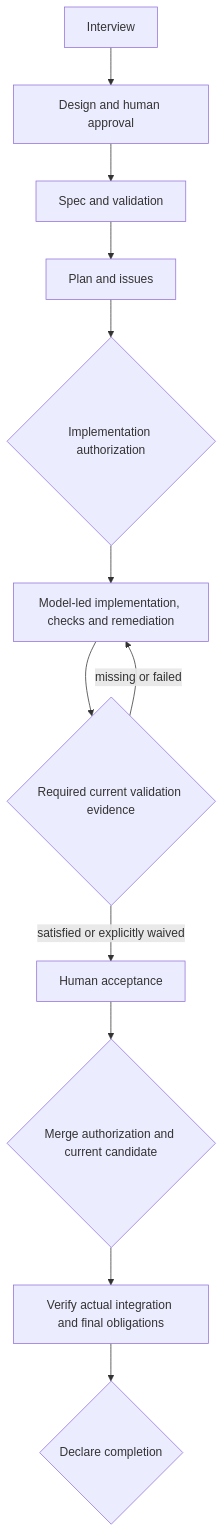
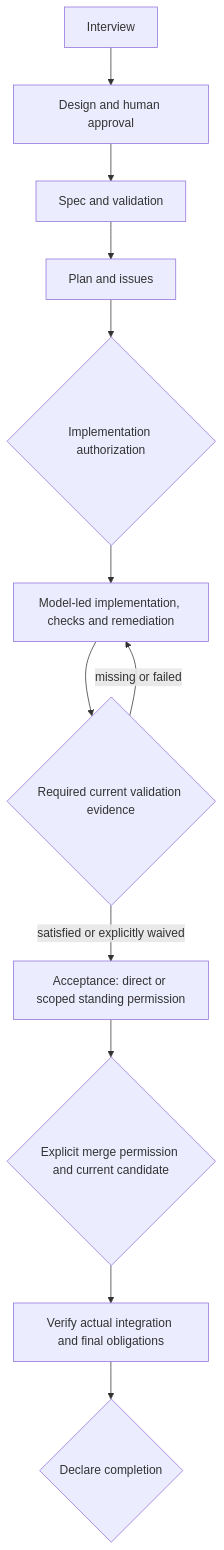
The first of 2 diagrams in docs/issues/tb-multirepo-review-input/design.md (TrentBrown/gatereeve), drawn with Mermaid before and after one commit. The commit also changed other lines of this file and 30 other files, not shown here.

Commit message:
feat: add scoped standing acceptance and merge authorization

````diff
--- a/docs/issues/tb-multirepo-review-input/design.md
+++ b/docs/issues/tb-multirepo-review-input/design.md
@@ -37,14 +37,14 @@
 ```mermaid
 flowchart TD
   I[Interview] --> D[Design and human approval]
   D --> S[Spec and validation]
   S --> P[Plan and issues]
   P --> A{Implementation authorization}
   A --> W[Model-led implementation, checks and remediation]
   W --> G{Required current validation evidence}
   G -->|missing or failed| W
-  G -->|satisfied or explicitly waived| H[Human acceptance]
-  H --> M{Merge authorization and current candidate}
+  G -->|satisfied or explicitly waived| H[Acceptance: direct or scoped standing permission]
+  H --> M{Explicit merge permission and current candidate}
   M --> V[Verify actual integration and final obligations]
   V --> C{Declare completion}
 ```
````
